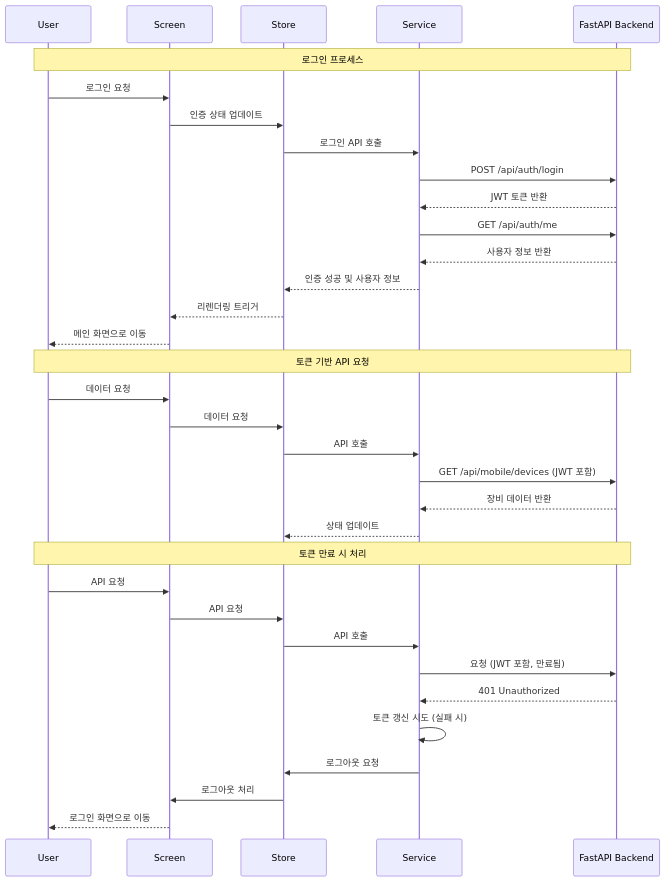
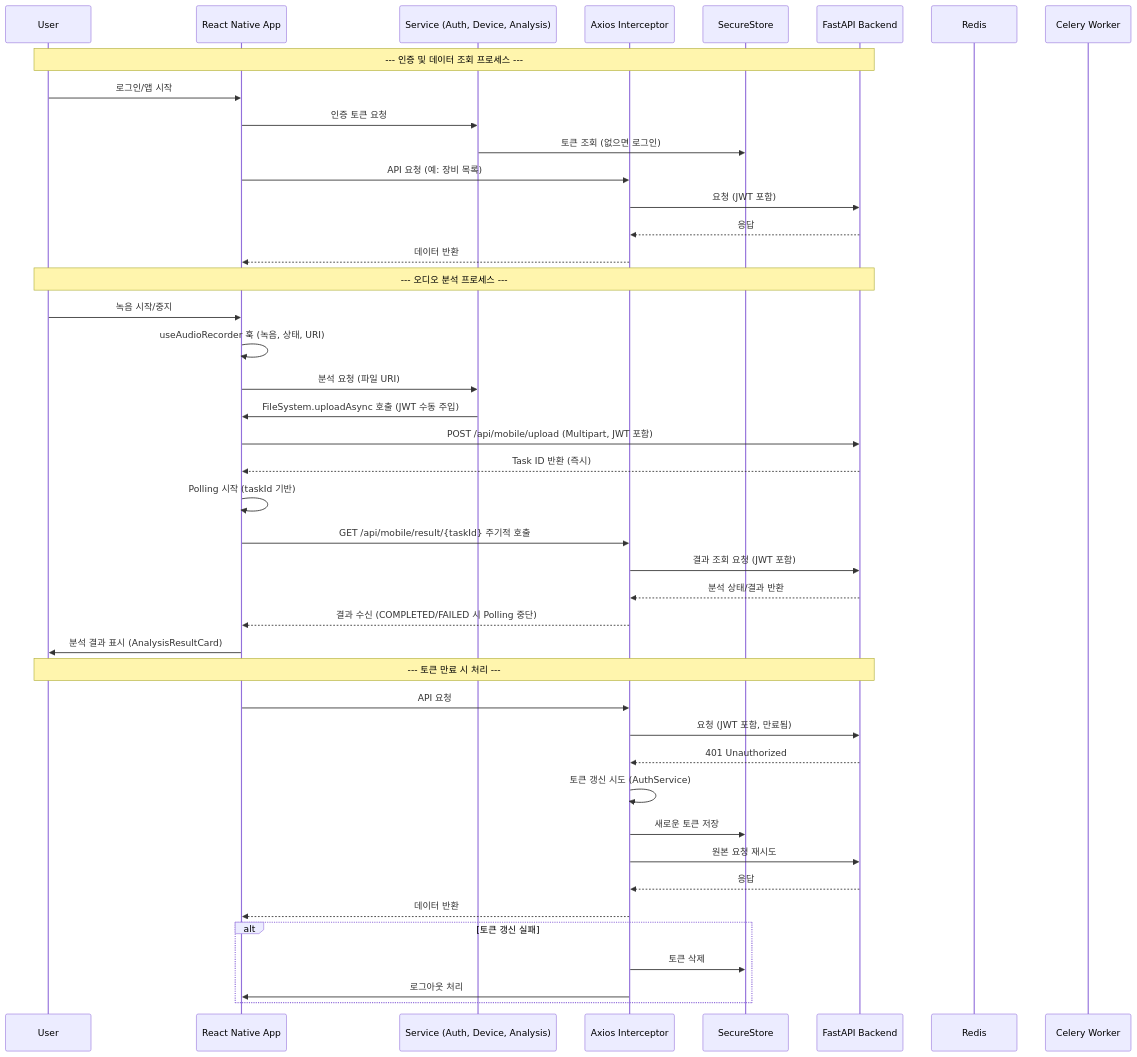
The fifth of 17 diagrams in docs/architecture.md (kimjuyoung1127/signalcraftapp), drawn with Mermaid before and after one commit. The commit also changed other lines of this file and 36 other files, not shown here.

````diff
--- a/docs/architecture.md
+++ b/docs/architecture.md
@@ -198,39 +210,48 @@
 ```mermaid
 sequenceDiagram
     participant U as User
-    participant S as Screen
-    participant ST as Store
-    participant SV as Service
-    participant API as FastAPI Backend
+    participant RN as React Native App
+    participant SV as Service (Auth, Device, Analysis)
+    participant AX as Axios Interceptor
+    participant SEC as SecureStore
+    participant FP as FastAPI Backend
+    participant RD as Redis
+    participant CL as Celery Worker
 
-    Note over U,API: 로그인 프로세스
-    U->>S: 로그인 요청
-    S->>ST: 인증 상태 업데이트
-    ST->>SV: 로그인 API 호출
-    SV->>API: POST /api/auth/login
-    API-->>SV: JWT 토큰 반환
-    SV->>API: GET /api/auth/me
-    API-->>SV: 사용자 정보 반환
-    SV-->>ST: 인증 성공 및 사용자 정보
-    ST-->>S: 리렌더링 트리거
-    S-->>U: 메인 화면으로 이동
+    Note over U,FP: --- 인증 및 데이터 조회 프로세스 ---
+    U->>RN: 로그인/앱 시작
+    RN->>SV: 인증 토큰 요청
+    SV->>SEC: 토큰 조회 (없으면 로그인)
+    RN->>AX: API 요청 (예: 장비 목록)
+    AX->>FP: 요청 (JWT 포함)
+    FP-->>AX: 응답
+    AX-->>RN: 데이터 반환
 
-    Note over U,API: 토큰 기반 API 요청
-    U->>S: 데이터 요청
-    S->>ST: 데이터 요청
-    ST->>SV: API 호출
-    SV->>API: GET /api/mobile/devices (JWT 포함)
-    API-->>SV: 장비 데이터 반환
-    SV-->>ST: 상태 업데이트
+    Note over U,FP: --- 오디오 분석 프로세스 ---
+    U->>RN: 녹음 시작/중지
+    RN->>RN: useAudioRecorder 훅 (녹음, 상태, URI)
+    RN->>SV: 분석 요청 (파일 URI)
+    SV->>RN: FileSystem.uploadAsync 호출 (JWT 수동 주입)
+    RN->>FP: POST /api/mobile/upload (Multipart, JWT 포함)
+    FP-->>RN: Task ID 반환 (즉시)
+    RN->>RN: Polling 시작 (taskId 기반)
+    RN->>AX: GET /api/mobile/result/{taskId} 주기적 호출
+    AX->>FP: 결과 조회 요청 (JWT 포함)
+    FP-->>AX: 분석 상태/결과 반환
+    AX-->>RN: 결과 수신 (COMPLETED/FAILED 시 Polling 중단)
+    RN->>U: 분석 결과 표시 (AnalysisResultCard)
 
-    Note over U,API: 토큰 만료 시 처리
-    U->>S: API 요청
-    S->>ST: API 요청
-    ST->>SV: API 호출
-    SV->>API: 요청 (JWT 포함, 만료됨)
-    API-->>SV: 401 Unauthorized
-    SV->>SV: 토큰 갱신 시도 (실패 시)
-    SV->>ST: 로그아웃 요청
-    ST->>S: 로그아웃 처리
-    S-->>U: 로그인 화면으로 이동
+    Note over U,FP: --- 토큰 만료 시 처리 ---
+    RN->>AX: API 요청
+    AX->>FP: 요청 (JWT 포함, 만료됨)
+    FP-->>AX: 401 Unauthorized
+    AX->>AX: 토큰 갱신 시도 (AuthService)
+    AX->>SEC: 새로운 토큰 저장
+    AX->>FP: 원본 요청 재시도
+    FP-->>AX: 응답
+    AX-->>RN: 데이터 반환
+    alt 토큰 갱신 실패
+        AX->>SEC: 토큰 삭제
+        AX->>RN: 로그아웃 처리
+    end
 ```
````
